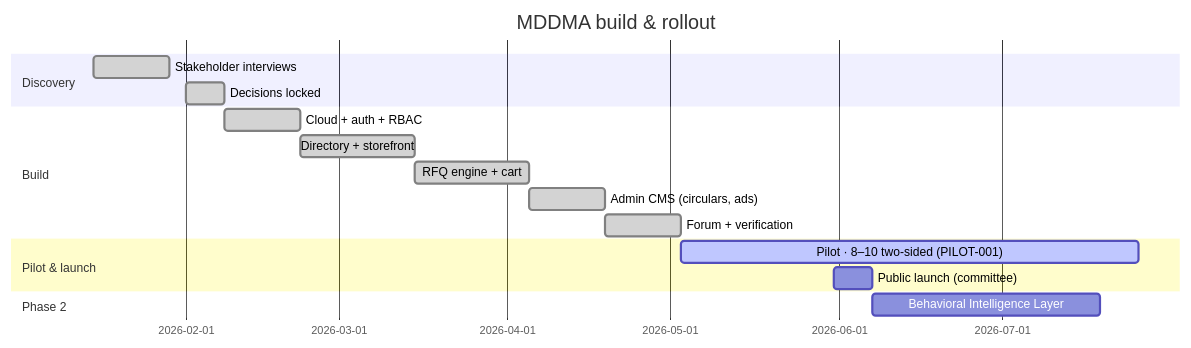
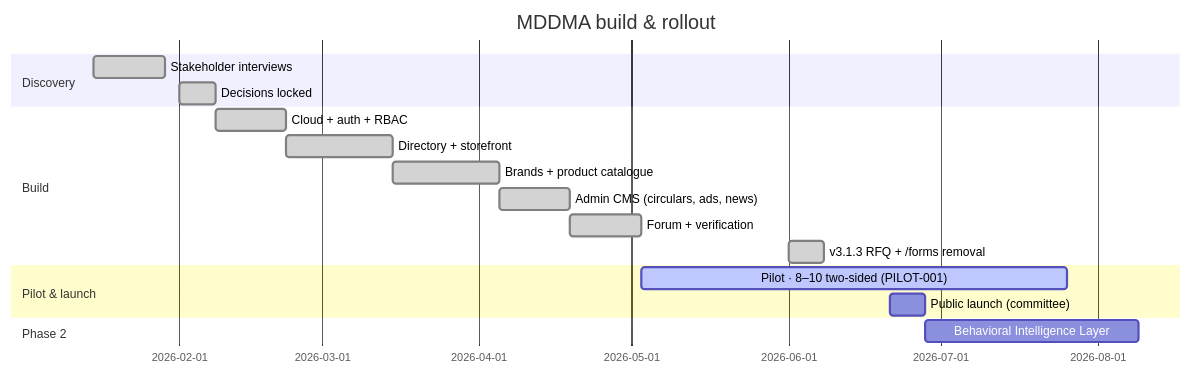
Before and after one commit to arka97/mddma-test: the second of 2 diagrams in src/content/docs/02-business-and-scope.md, drawn with Mermaid. The commit also changed other lines of this file and 6 other files, not shown here.

````diff
--- a/src/content/docs/02-business-and-scope.md
+++ b/src/content/docs/02-business-and-scope.md
@@ -39,19 +39,20 @@
 ```mermaid
 gantt
   title MDDMA build & rollout
   dateFormat  YYYY-MM-DD
   section Discovery
   Stakeholder interviews        :done, 2026-01-15, 2w
   Decisions locked              :done, 2026-02-01, 1w
   section Build
   Cloud + auth + RBAC           :done, 2026-02-08, 2w
   Directory + storefront        :done, 2026-02-22, 3w
-  RFQ engine + cart             :done, 2026-03-15, 3w
-  Admin CMS (circulars, ads)    :done, 2026-04-05, 2w
+  Brands + product catalogue    :done, 2026-03-15, 3w
+  Admin CMS (circulars, ads, news) :done, 2026-04-05, 2w
   Forum + verification          :done, 2026-04-19, 2w
+  v3.1.3 RFQ + /forms removal   :done, 2026-06-01, 1w
   section Pilot & launch
   Pilot · 8–10 two-sided (PILOT-001) :active, 2026-05-03, 12w
-  Public launch (committee)     : 2026-05-31, 1w
+  Public launch (committee)     : 2026-06-21, 1w
   section Phase 2
-  Behavioral Intelligence Layer : 2026-06-07, 6w
+  Behavioral Intelligence Layer : 2026-06-28, 6w
 ```
````
